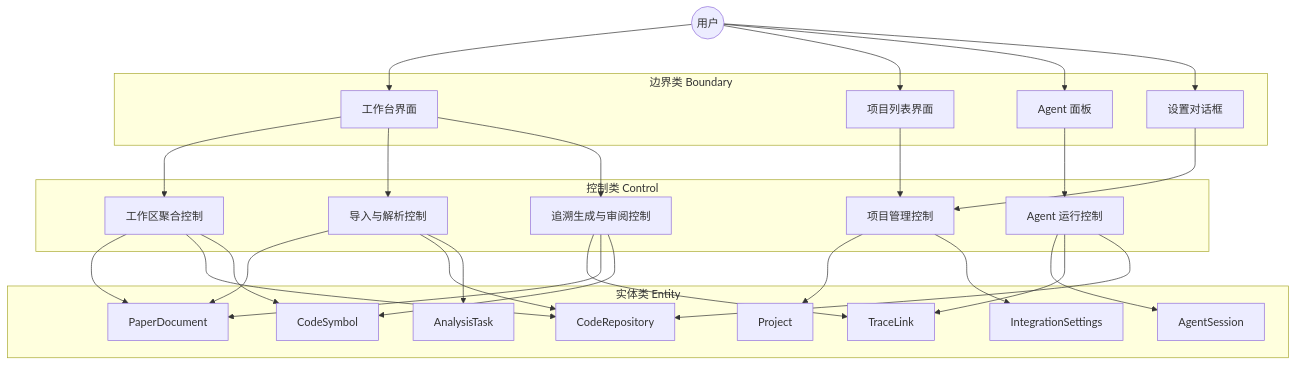
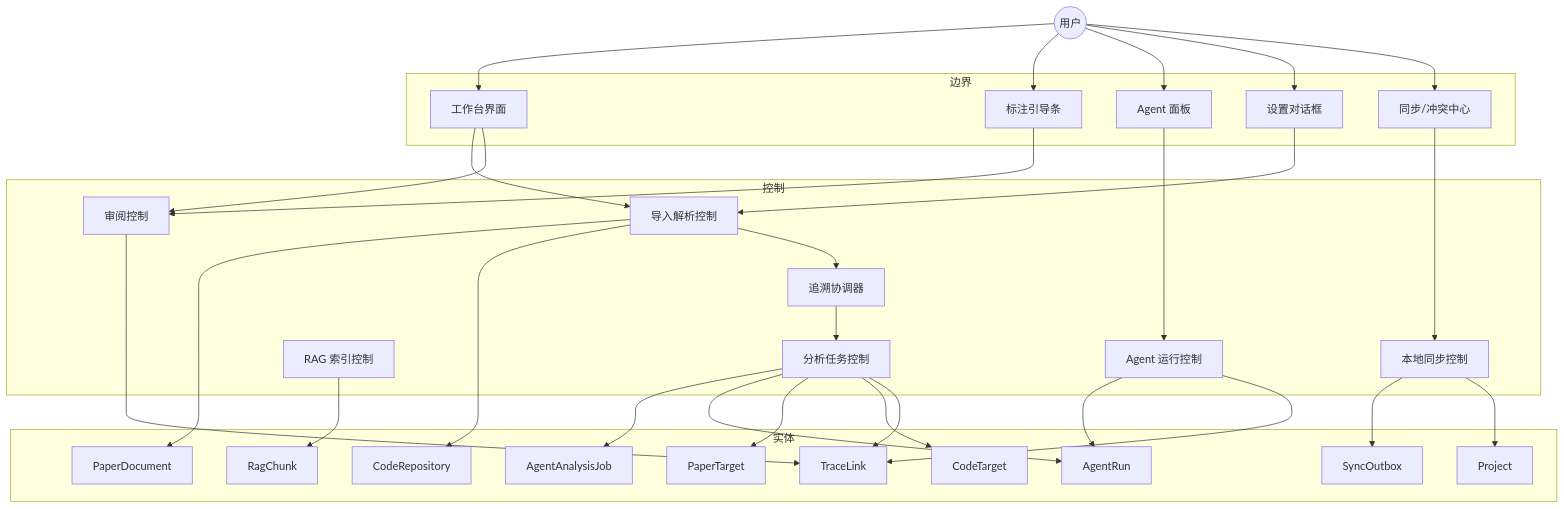
The third of 12 diagrams in FinalRelease/UML.md (1JI0O/SE26Project-15), drawn with Mermaid before and after one commit. The commit also changed other lines of this file and 1 other file, not shown here.

````diff
--- a/FinalRelease/UML.md
+++ b/FinalRelease/UML.md
@@ -72,57 +87,64 @@
 ```mermaid
 flowchart TB
   Actor((用户))
 
-  subgraph Boundary[边界类 Boundary]
+  subgraph Boundary[边界]
     WL[工作台界面]
-    PL[项目列表界面]
+    AG[标注引导条]
     AP[Agent 面板]
     SP[设置对话框]
+    SC[同步/冲突中心]
   end
 
-  subgraph Control[控制类 Control]
-    PC[项目管理控制]
-    IC[导入与解析控制]
-    TC[追溯生成与审阅控制]
+  subgraph Control[控制]
+    IC[导入解析控制]
+    CC[追溯协调器]
+    AJ[分析任务控制]
+    TC[审阅控制]
     AC[Agent 运行控制]
-    WC[工作区聚合控制]
+    RC[RAG 索引控制]
+    SY[本地同步控制]
   end
 
-  subgraph Entity[实体类 Entity]
+  subgraph Entity[实体]
     Project
     PaperDocument
     CodeRepository
-    CodeSymbol
+    PaperTarget
+    CodeTarget
     TraceLink
-    AnalysisTask
-    AgentSession
-    IntegrationSettings
+    AgentAnalysisJob
+    AgentRun
+    RagChunk
+    SyncOutbox
   end
 
   Actor --> WL
-  Actor --> PL
+  Actor --> AG
   Actor --> AP
   Actor --> SP
+  Actor --> SC
 
-  PL --> PC
-  WL --> WC
   WL --> IC
   WL --> TC
+  AG --> TC
   AP --> AC
-  SP --> PC
+  SP --> IC
+  SC --> SY
 
-  PC --> Project
   IC --> PaperDocument
   IC --> CodeRepository
-  IC --> AnalysisTask
-  WC --> PaperDocument
-  WC --> CodeRepository
-  WC --> CodeSymbol
+  IC --> CC
+  CC --> AJ
+  AJ --> AgentAnalysisJob
+  AJ --> AgentRun
+  AJ --> PaperTarget
+  AJ --> CodeTarget
+  AJ --> TraceLink
   TC --> TraceLink
-  TC --> PaperDocument
-  TC --> CodeSymbol
-  AC --> AgentSession
+  AC --> AgentRun
   AC --> TraceLink
-  AC --> CodeRepository
-  PC --> IntegrationSettings
+  RC --> RagChunk
+  SY --> SyncOutbox
+  SY --> Project
 ```
````
